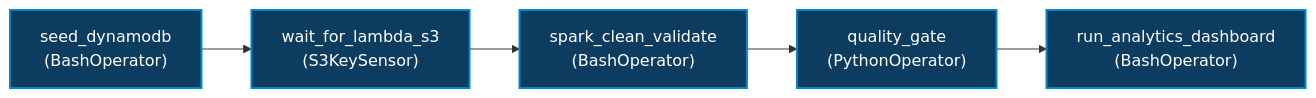
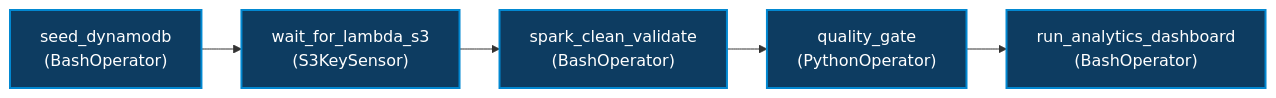
Before and after one commit to arsalankazi/dynamodb-airflow-lakehouse-pipeline: the second of 4 diagrams in README.md, drawn with Mermaid. The commit also changed other lines of this file and 5 other files, not shown here.

Commit message:
docs: update README with dark theme diagrams and latest features

````diff
--- a/README.md
+++ b/README.md
@@ -86,10 +87,11 @@
 ```mermaid
+%%{init: {'themeVariables': {'edgeLabelBackground': '#0d3c61', 'textColor': '#ffffff'}, 'flowchart': {'nodeSpacing': 40, 'rankSpacing': 40}}}%%
 flowchart LR
     A["seed_dynamodb<br/>(BashOperator)"] --> B["wait_for_lambda_s3<br/>(S3KeySensor)"]
     B --> C["spark_clean_validate<br/>(BashOperator)"]
     C --> D["quality_gate<br/>(PythonOperator)"]
     D --> E["run_analytics_dashboard<br/>(BashOperator)"]
 
     classDef task fill:#0d3c61,stroke:#0288d1,stroke-width:2px,color:#ffffff;
     class A,B,C,D,E task;
 ```
````
